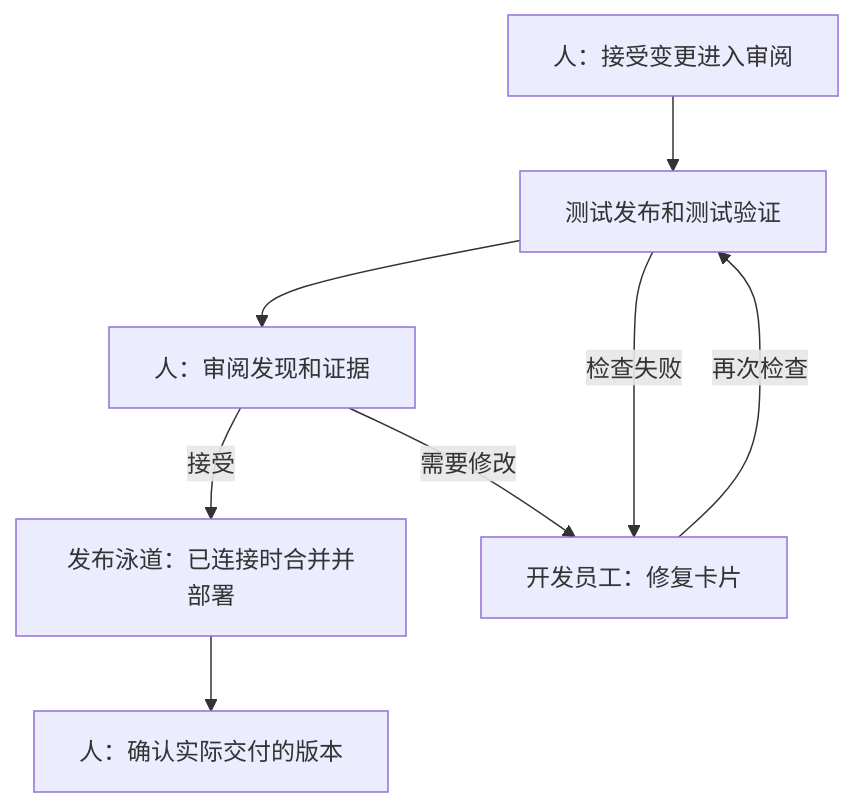
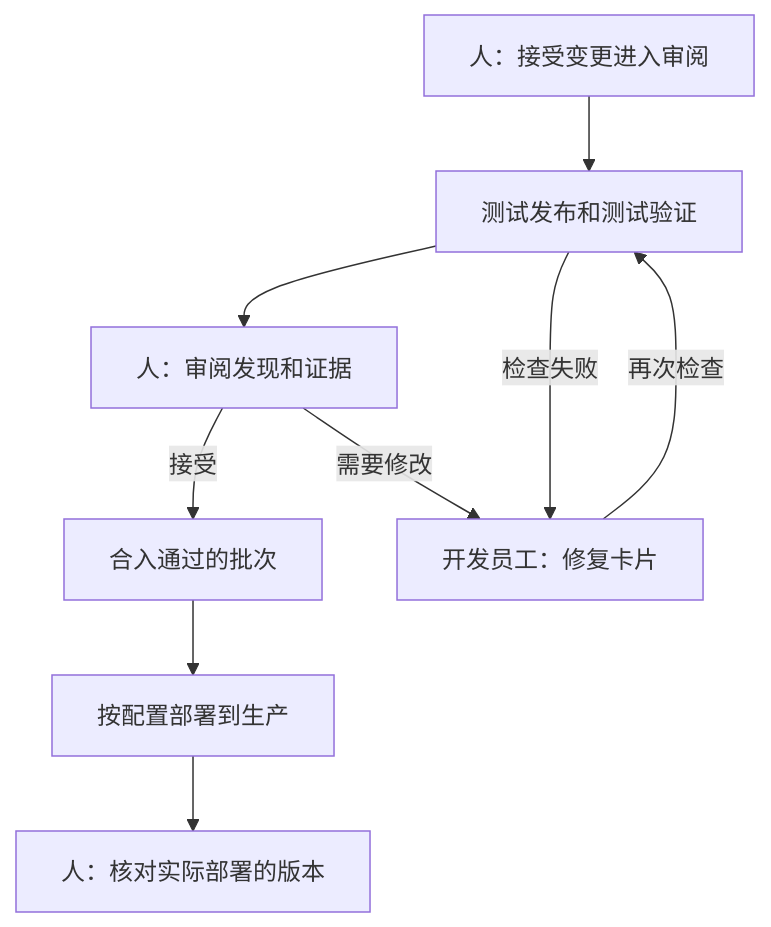
One commit to WeiJiLab/aiworkforce-docs changed the diagram in src/content/docs/zh-cn/software-factory/pr-to-merge.md. Above: the diagram before and after it, drawn with Mermaid. The commit also changed other lines of this file and 125 other files, not shown here.

````diff
--- a/src/content/docs/zh-cn/software-factory/pr-to-merge.md
+++ b/src/content/docs/zh-cn/software-factory/pr-to-merge.md
@@ -17,12 +17,13 @@
 ```mermaid
 flowchart TD
     ready["人：接受变更进入审阅"] --> checks["测试发布和测试验证"]
     checks --> decision["人：审阅发现和证据"]
-    decision -->|接受| release["发布泳道：已连接时合并并部署"]
-    release --> ship["人：确认实际交付的版本"]
+    decision -->|接受| release["合入通过的批次"]
+    release --> deploy["按配置部署到生产"]
+    deploy --> ship["人：核对实际部署的版本"]
     checks -->|检查失败| fix["开发员工：修复卡片"]
     decision -->|需要修改| fix
     fix -->|再次检查| checks
     class ready,decision,ship human
-    class checks,fix,release agent
+    class checks,fix,release,deploy agent
 ```
````
